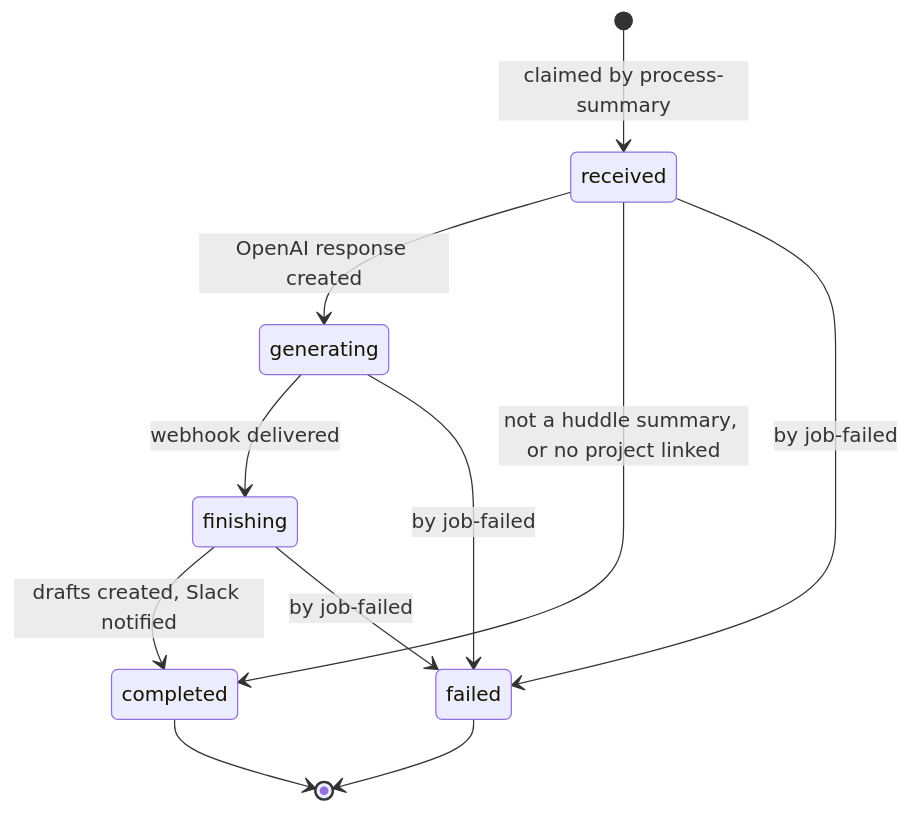
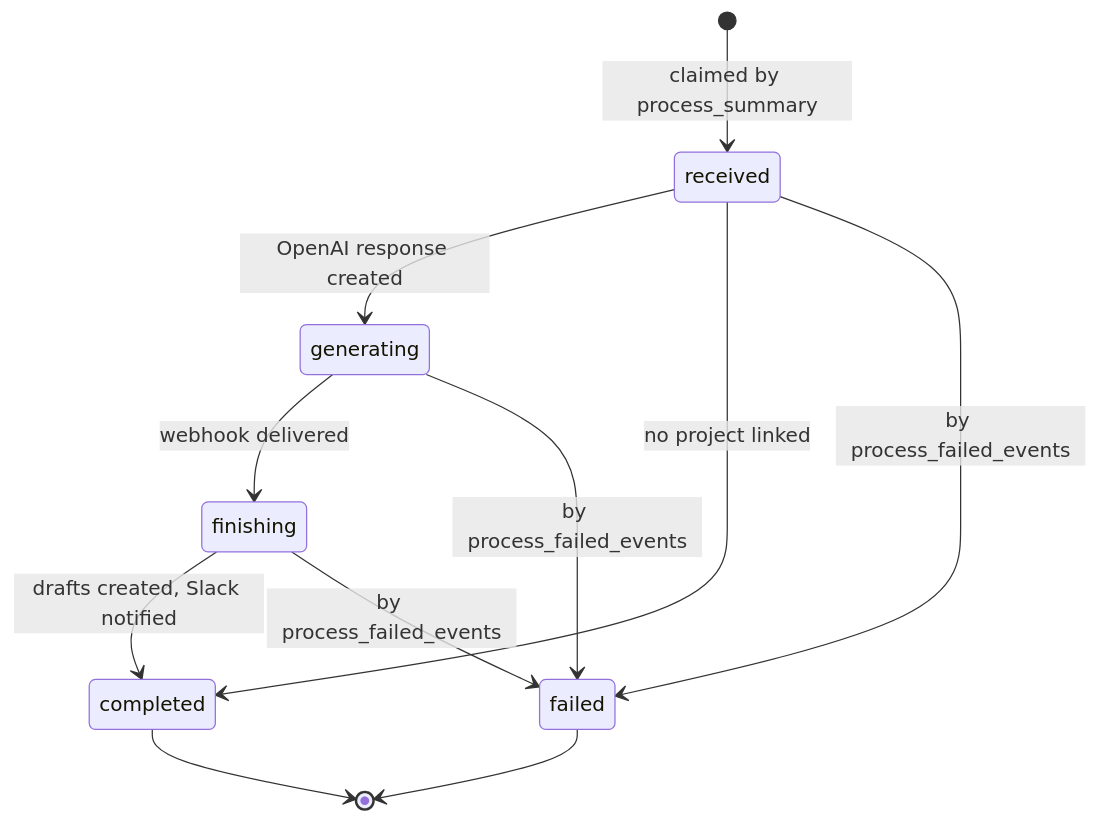
One commit to RoryDaly1998/Huddle-Ticket-Automation changed the third of 4 diagrams in architecture.md. Above: the diagram before and after it, drawn with Mermaid. The commit also changed other lines of this file and 7 other files, not shown here.

Commit message:
added schema architecture diagram and README, updated project docs and skill file

````diff
--- a/architecture.md
+++ b/architecture.md
@@ -197,13 +198,13 @@
 ```mermaid
 stateDiagram-v2
-  [*] --> received: claimed by process-summary
+  [*] --> received: claimed by process_summary
   received --> generating: OpenAI response created
   generating --> finishing: webhook delivered
   finishing --> completed: drafts created, Slack notified
-  received --> completed: not a huddle summary, or no project linked
-  received --> failed: by job-failed
-  generating --> failed: by job-failed
-  finishing --> failed: by job-failed
+  received --> completed: no project linked
+  received --> failed: by process_failed_events
+  generating --> failed: by process_failed_events
+  finishing --> failed: by process_failed_events
   completed --> [*]
   failed --> [*]
 ```
````
